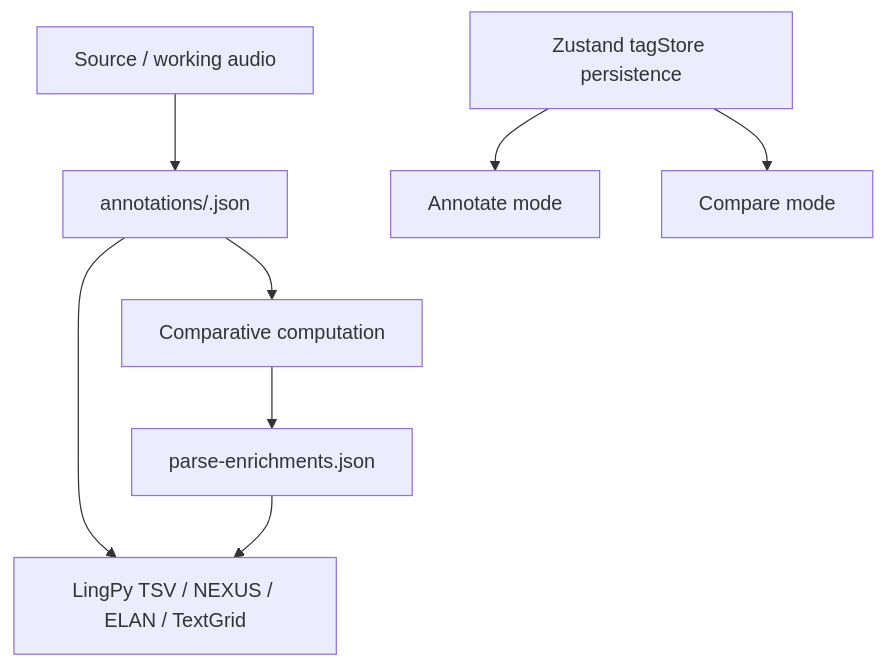
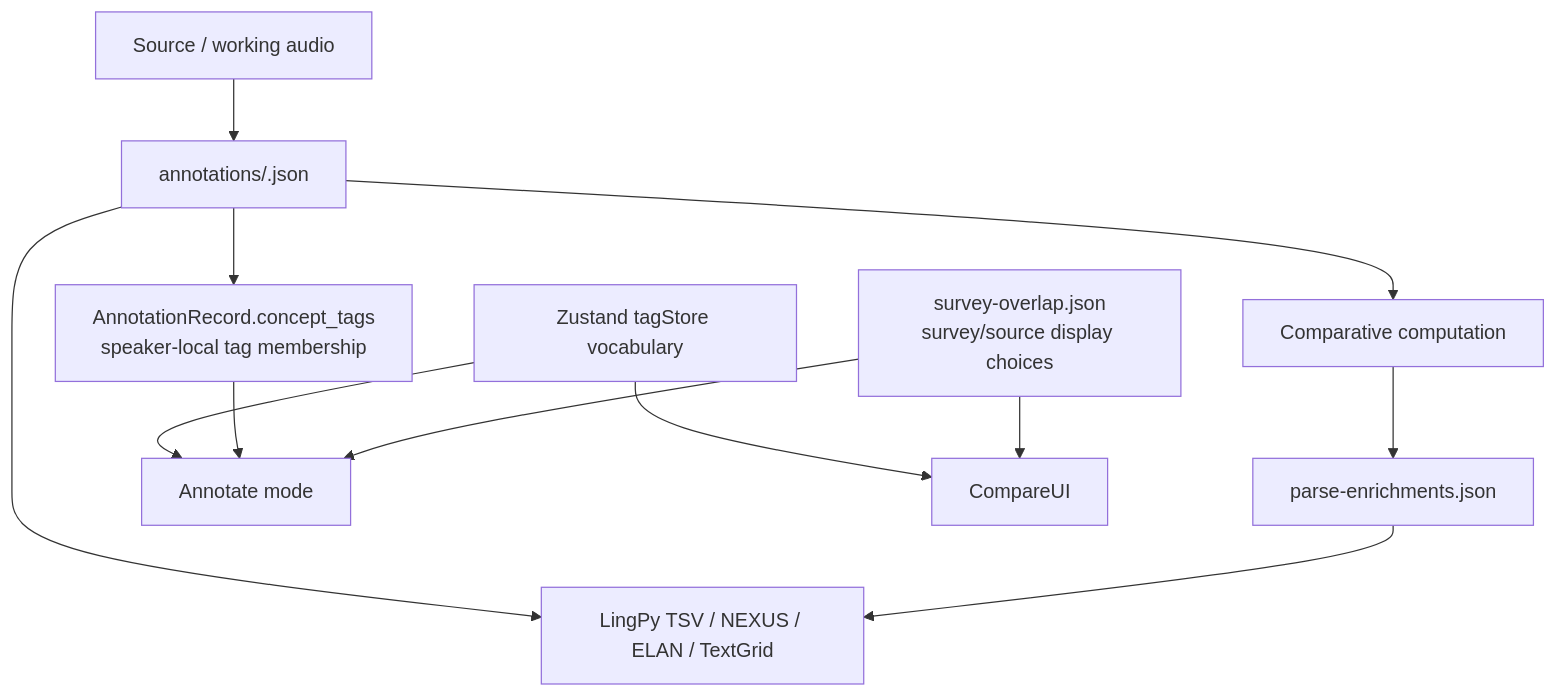
Before and after one commit to ArdeleanLucas/PARSE: the second of 5 diagrams in docs/architecture.md, drawn with Mermaid. The commit also changed other lines of this file and 8 other files, not shown here.

````diff
--- a/docs/architecture.md
+++ b/docs/architecture.md
@@ -104,10 +104,16 @@
 ```mermaid
 flowchart TD
     Audio[Source / working audio] --> Ann[annotations/<Speaker>.json]
     Ann --> Compare[Comparative computation]
     Compare --> Enrich[parse-enrichments.json]
     Ann --> Export[LingPy TSV / NEXUS / ELAN / TextGrid]
     Enrich --> Export
-    Tags[Zustand tagStore persistence] --> AnnotateUI[Annotate mode]
-    Tags --> CompareUI[Compare mode]
+    Tags[Zustand tagStore vocabulary] --> AnnotateUI[Annotate mode]
+    Ann --> ConceptTags[AnnotationRecord.concept_tags
+speaker-local tag membership]
+    ConceptTags --> AnnotateUI
+    SurveyOverlap[survey-overlap.json
+survey/source display choices] --> AnnotateUI
+    Tags --> CompareUI
+    SurveyOverlap --> CompareUI
 ```
````
